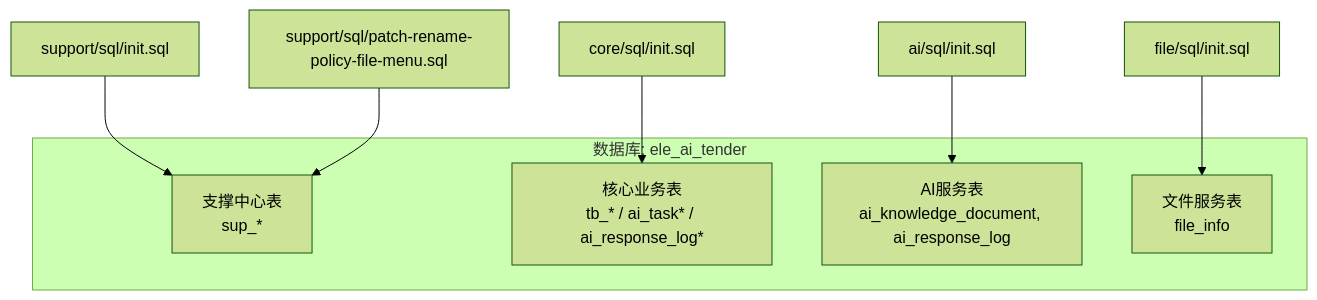
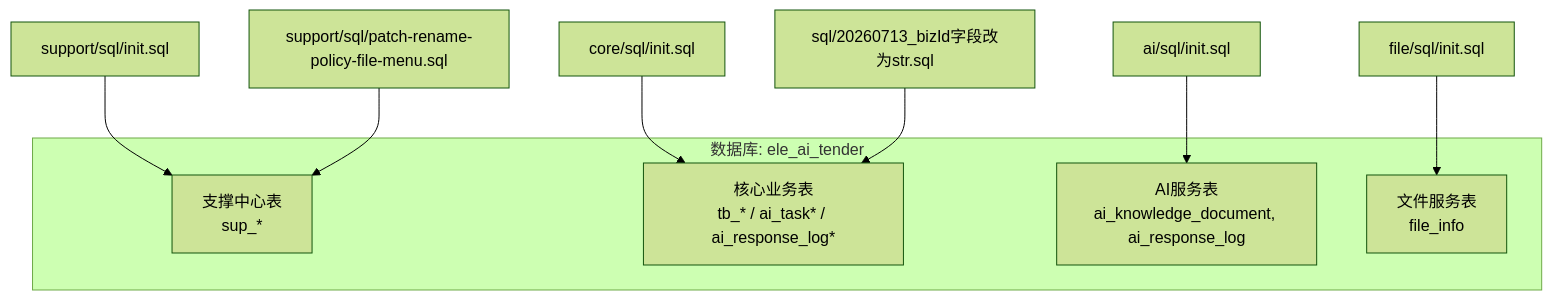
Before and after one commit to DrunkFood/First: the first of 3 diagrams in .qoder/repowiki/zh/content/数据库设计/数据库架构变更.md, drawn with Mermaid (forest theme). The commit also changed other lines of this file and 93 other files, not shown here.

````diff
--- a/.qoder/repowiki/zh/content/数据库设计/数据库架构变更.md
+++ b/.qoder/repowiki/zh/content/数据库设计/数据库架构变更.md
@@ -37,14 +50,15 @@
 ```mermaid
 graph TB
 subgraph "数据库: ele_ai_tender"
 A["支撑中心表<br/>sup_*"]
 B["核心业务表<br/>tb_* / ai_task* / ai_response_log*"]
 C["AI服务表<br/>ai_knowledge_document, ai_response_log"]
 D["文件服务表<br/>file_info"]
 end
 E["support/sql/init.sql"] --> A
 F["core/sql/init.sql"] --> B
 G["ai/sql/init.sql"] --> C
 H["file/sql/init.sql"] --> D
 I["support/sql/patch-rename-policy-file-menu.sql"] --> A
+J["sql/20260713_bizId字段改为str.sql"] --> B
 ```
````
